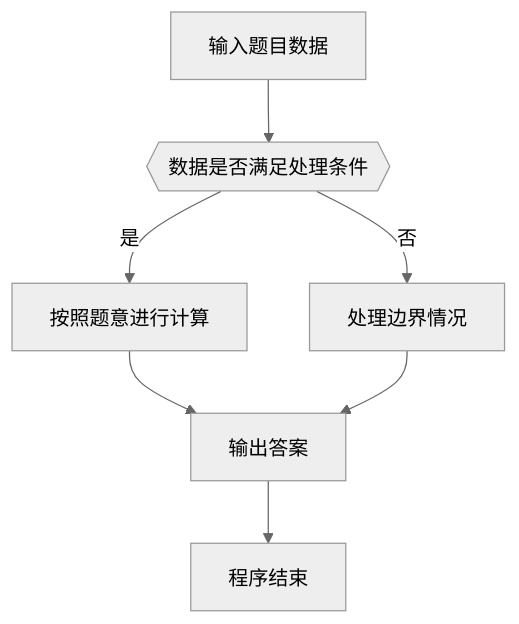
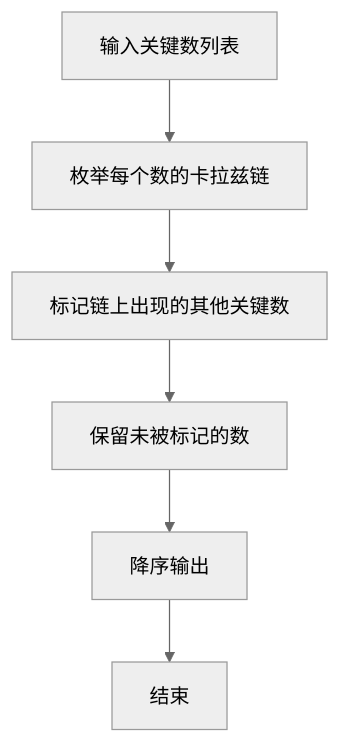
The second of 2 diagrams in 1005-继续(3n+1)猜想.md (pta-program/pta_basic_level_article_by_ruby), drawn with Mermaid (neutral theme) before and after one commit. The commit also changed other lines of this file and 127 other files, not shown here.

First line of the commit message:
fix: repair solutions, per-problem flowcharts, math rendering, and Pages deploy

````diff
--- a/1005-继续(3n+1)猜想.md
+++ b/1005-继续(3n+1)猜想.md
@@ -87,9 +88,8 @@
 ```mermaid
 flowchart TD
-  A[输入题目数据] --> B{{数据是否满足处理条件}}
-  B -- 是 --> C[按照题意进行计算]
-  B -- 否 --> D[处理边界情况]
-  C --> E[输出答案]
-  D --> E
-  E --> F[程序结束]
+  A["输入关键数列表"] --> B["枚举每个数的卡拉兹链"]
+  B --> C["标记链上出现的其他关键数"]
+  C --> D["保留未被标记的数"]
+  D --> E["降序输出"]
+  E --> F["结束"]
 ```
````
